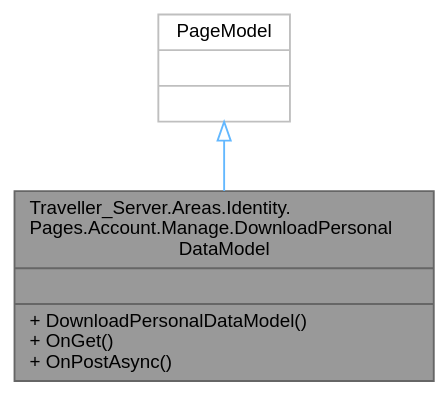
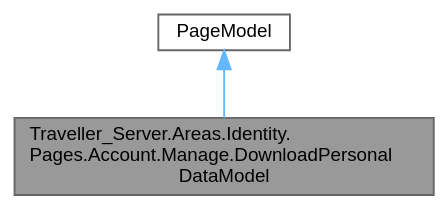
The diagram in Servidor/class_traveller___server_1_1_areas_1_1_identity_1_1_pages_1_1_account_1_1_manage_1_1_download_personal_data_model__coll__graph.dot (VenelinArgirov/manual-tecnico.github.io), drawn with Graphviz before and after one commit. The commit also changed 819 other files, not shown here.

```diff
--- a/Servidor/class_traveller___server_1_1_areas_1_1_identity_1_1_pages_1_1_account_1_1_manage_1_1_download_personal_data_model__coll__graph.dot
+++ b/Servidor/class_traveller___server_1_1_areas_1_1_identity_1_1_pages_1_1_account_1_1_manage_1_1_download_personal_data_model__coll__graph.dot
@@ -1,10 +1,10 @@
 digraph "Traveller_Server.Areas.Identity.Pages.Account.Manage.DownloadPersonalDataModel"
 {
  // LATEX_PDF_SIZE
   bgcolor="transparent";
   edge [fontname=Helvetica,fontsize=10,labelfontname=Helvetica,labelfontsize=10];
   node [fontname=Helvetica,fontsize=10,shape=box,height=0.2,width=0.4];
-  Node1 [shape=record,label="{Traveller_Server.Areas.Identity.\lPages.Account.Manage.DownloadPersonal\lDataModel\n||+ DownloadPersonalDataModel()\l+ OnGet()\l+ OnPostAsync()\l}",height=0.2,width=0.4,color="gray40", fillcolor="grey60", style="filled", fontcolor="black",tooltip=" "];
-  Node2 -> Node1 [dir="back",color="steelblue1",style="solid",arrowtail="onormal"];
-  Node2 [shape=record,label="{PageModel\n||}",height=0.2,width=0.4,color="grey75", fillcolor="white", style="filled",tooltip=" "];
+  Node1 [label="Traveller_Server.Areas.Identity.\lPages.Account.Manage.DownloadPersonal\lDataModel",height=0.2,width=0.4,color="gray40", fillcolor="grey60", style="filled", fontcolor="black",tooltip=" "];
+  Node2 -> Node1 [dir="back",color="steelblue1",style="solid"];
+  Node2 [label="PageModel",height=0.2,width=0.4,color="gray40", fillcolor="white", style="filled",tooltip=" "];
 }
```
